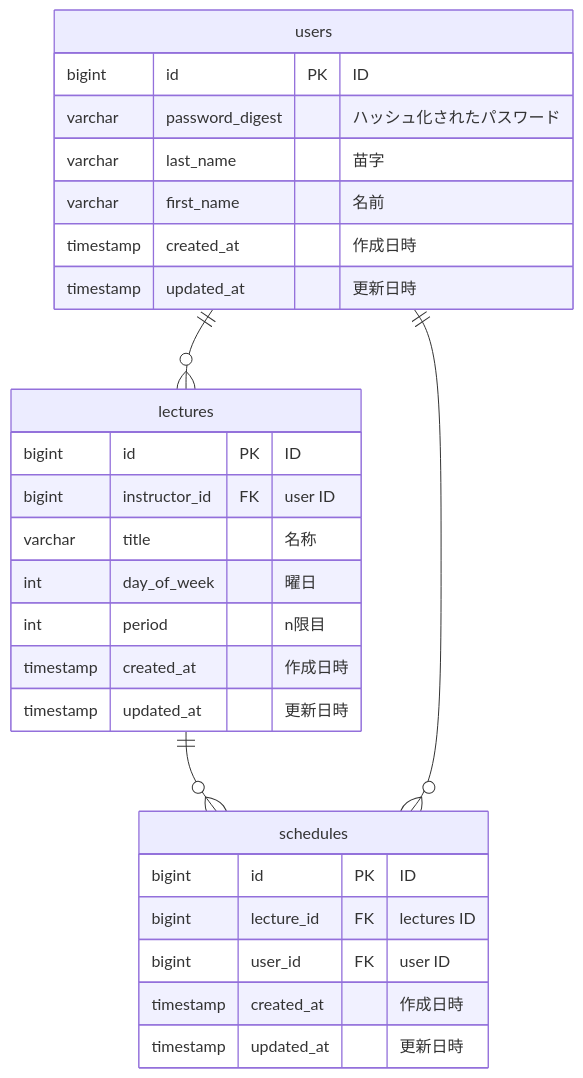
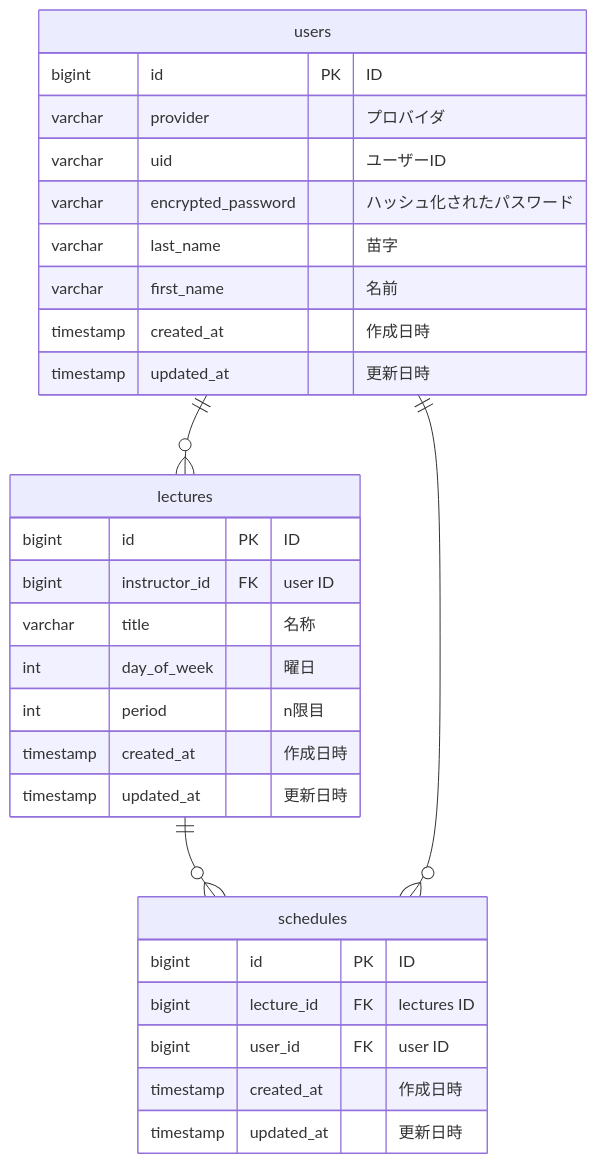
The diagram in docs/database.md (pochy/EduLectureHub), drawn with Mermaid before and after one commit. The commit also changed 50 other files, not shown here.

````diff
--- a/docs/database.md
+++ b/docs/database.md
@@ -3,33 +3,35 @@
 ```mermaid
 erDiagram
     lectures ||--o{ schedules : ""
     users ||--o{ schedules : ""
     users ||--o{ lectures : ""
 
     users {
         bigint id PK "ID"
-        varchar password_digest "ハッシュ化されたパスワード"
+        varchar provider "プロバイダ"
+        varchar uid "ユーザーID"
+        varchar encrypted_password "ハッシュ化されたパスワード"
         varchar last_name "苗字"
         varchar first_name "名前"
         timestamp created_at "作成日時"
         timestamp updated_at "更新日時"
     }
 
     lectures {
         bigint id PK "ID"
         bigint instructor_id FK "user ID"
         varchar title "名称"
         int day_of_week "曜日"
         int period "n限目"
         timestamp created_at "作成日時"
         timestamp updated_at "更新日時"
     }
 
     schedules {
         bigint id PK "ID"
         bigint lecture_id FK "lectures ID"
         bigint user_id FK "user ID"
         timestamp created_at "作成日時"
         timestamp updated_at "更新日時"
     }
 ```
````
